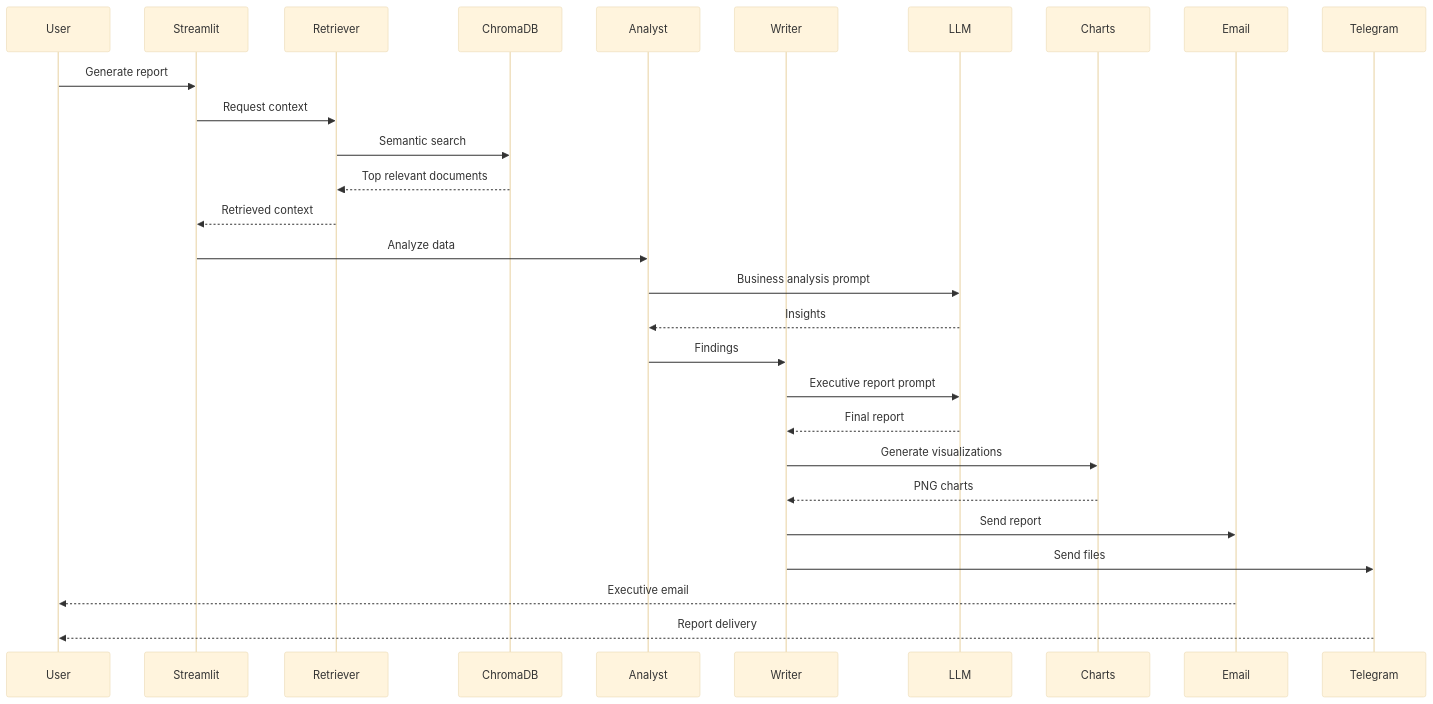
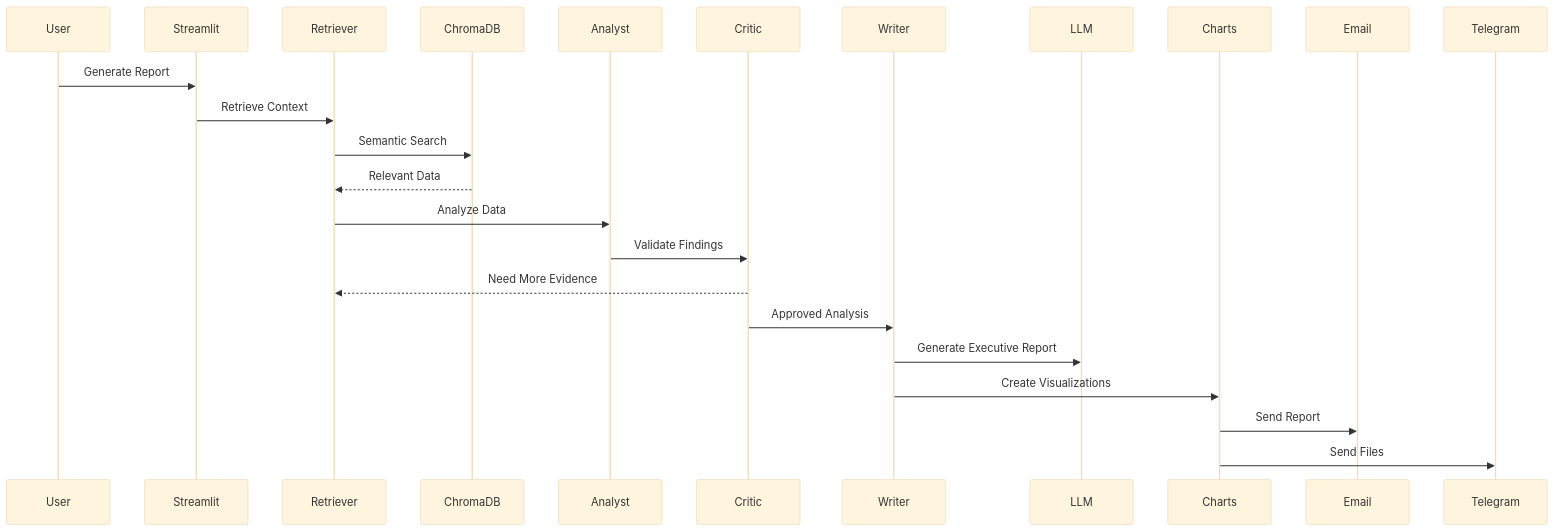
Before and after one commit to ayushaks999/Report_Generator: the third of 3 diagrams in README.md, drawn with Mermaid (base theme). The commit also changed other lines of this file, not shown here.

````diff
--- a/README.md
+++ b/README.md
@@ -209,31 +232,27 @@
-```mermaid
+``` mermaid
 sequenceDiagram
-    participant User
-    participant Streamlit
-    participant Retriever
-    participant ChromaDB
-    participant Analyst
-    participant Writer
-    participant LLM
-    participant Charts
-    participant Email
-    participant Telegram
 
-    User->>Streamlit: Generate report
-    Streamlit->>Retriever: Request context
-    Retriever->>ChromaDB: Semantic search
-    ChromaDB-->>Retriever: Top relevant documents
-    Retriever-->>Streamlit: Retrieved context
-    Streamlit->>Analyst: Analyze data
-    Analyst->>LLM: Business analysis prompt
-    LLM-->>Analyst: Insights
-    Analyst->>Writer: Findings
-    Writer->>LLM: Executive report prompt
-    LLM-->>Writer: Final report
-    Writer->>Charts: Generate visualizations
-    Charts-->>Writer: PNG charts
-    Writer->>Email: Send report
-    Writer->>Telegram: Send files
-    Email-->>User: Executive email
-    Telegram-->>User: Report delivery
+User->>Streamlit: Generate Report
+
+Streamlit->>Retriever: Retrieve Context
+
+Retriever->>ChromaDB: Semantic Search
+
+ChromaDB-->>Retriever: Relevant Data
+
+Retriever->>Analyst: Analyze Data
+
+Analyst->>Critic: Validate Findings
+
+Critic-->>Retriever: Need More Evidence
+
+Critic->>Writer: Approved Analysis
+
+Writer->>LLM: Generate Executive Report
+
+Writer->>Charts: Create Visualizations
+
+Charts->>Email: Send Report
+
+Charts->>Telegram: Send Files
 ```
````
